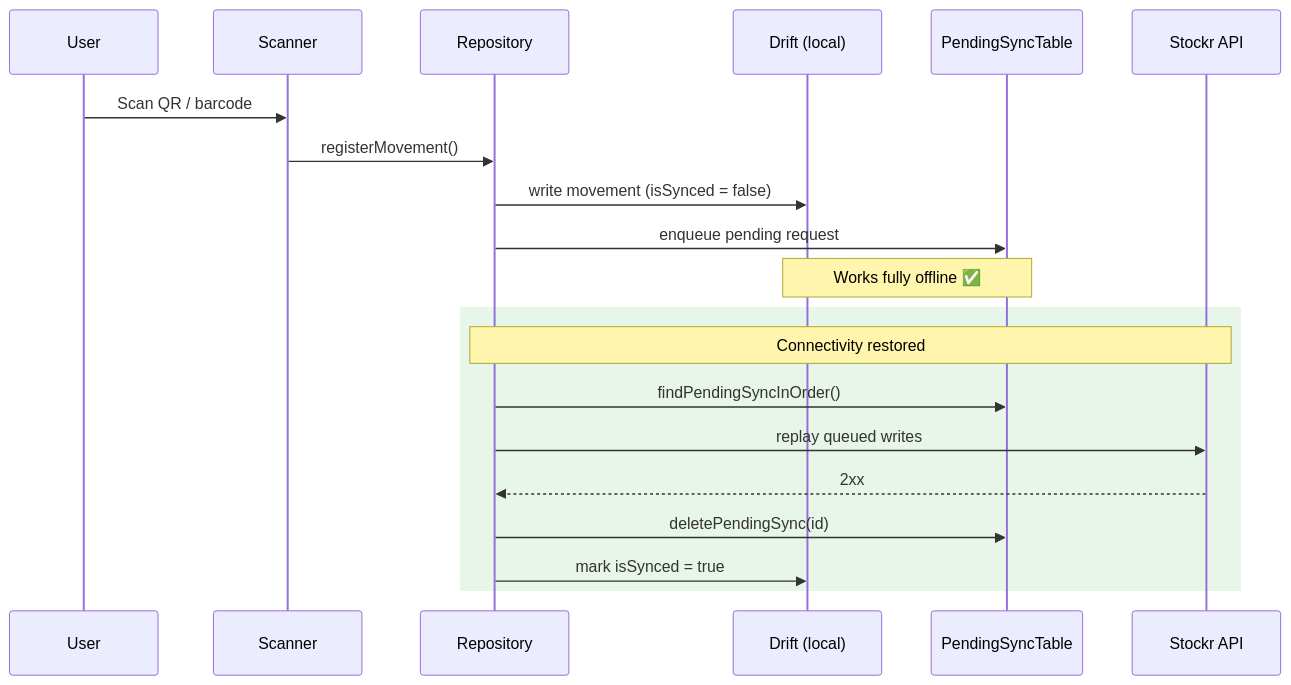
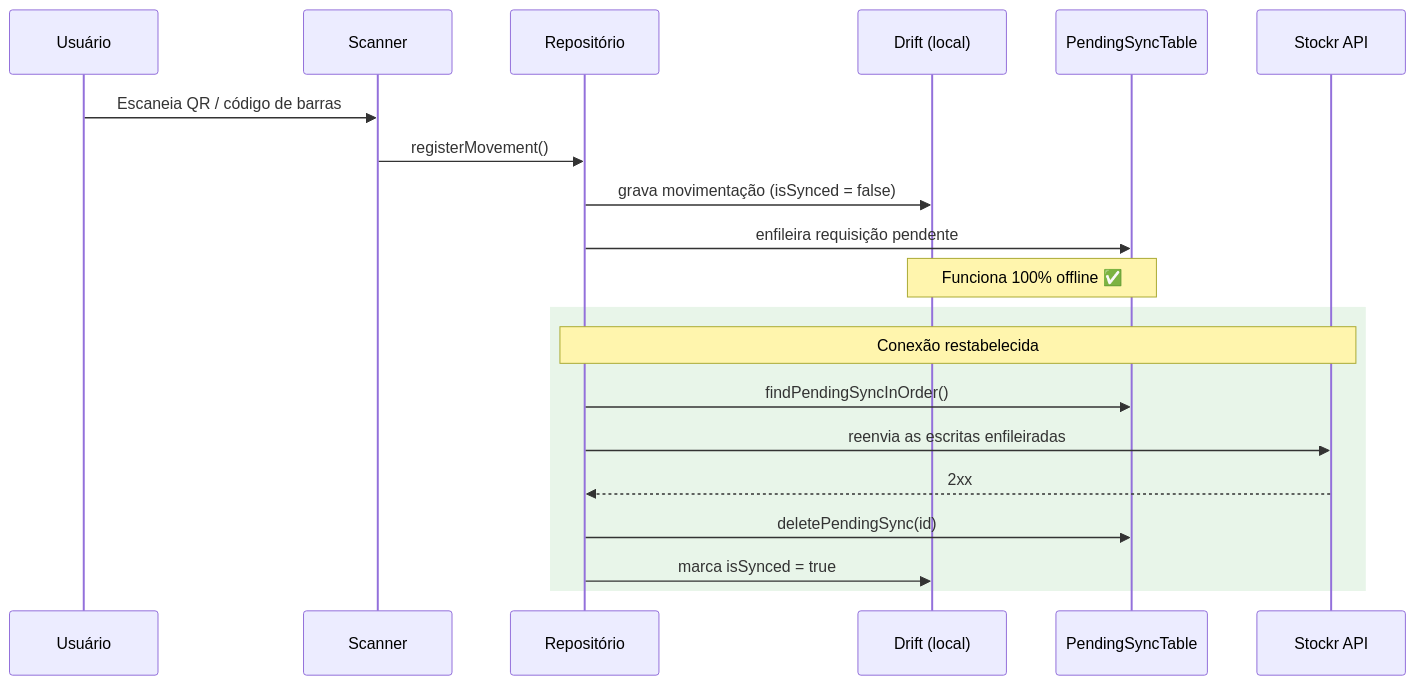
The second of 2 diagrams in README.md (ThQMS/Stockr-app-), drawn with Mermaid before and after one commit. The commit also changed other lines of this file and 6 other files, not shown here.

````diff
--- a/README.md
+++ b/README.md
@@ -109,24 +161,24 @@
 ```mermaid
 sequenceDiagram
-    participant U as User
+    participant U as Usuário
     participant S as Scanner
-    participant R as Repository
+    participant R as Repositório
     participant DB as Drift (local)
     participant Q as PendingSyncTable
     participant API as Stockr API
 
-    U->>S: Scan QR / barcode
+    U->>S: Escaneia QR / código de barras
     S->>R: registerMovement()
-    R->>DB: write movement (isSynced = false)
-    R->>Q: enqueue pending request
-    Note over DB,Q: Works fully offline ✅
+    R->>DB: grava movimentação (isSynced = false)
+    R->>Q: enfileira requisição pendente
+    Note over DB,Q: Funciona 100% offline ✅
 
     rect rgb(232, 245, 233)
-    Note over R,API: Connectivity restored
+    Note over R,API: Conexão restabelecida
     R->>Q: findPendingSyncInOrder()
-    R->>API: replay queued writes
+    R->>API: reenvia as escritas enfileiradas
     API-->>R: 2xx
     R->>Q: deletePendingSync(id)
-    R->>DB: mark isSynced = true
+    R->>DB: marca isSynced = true
     end
 ```
````
